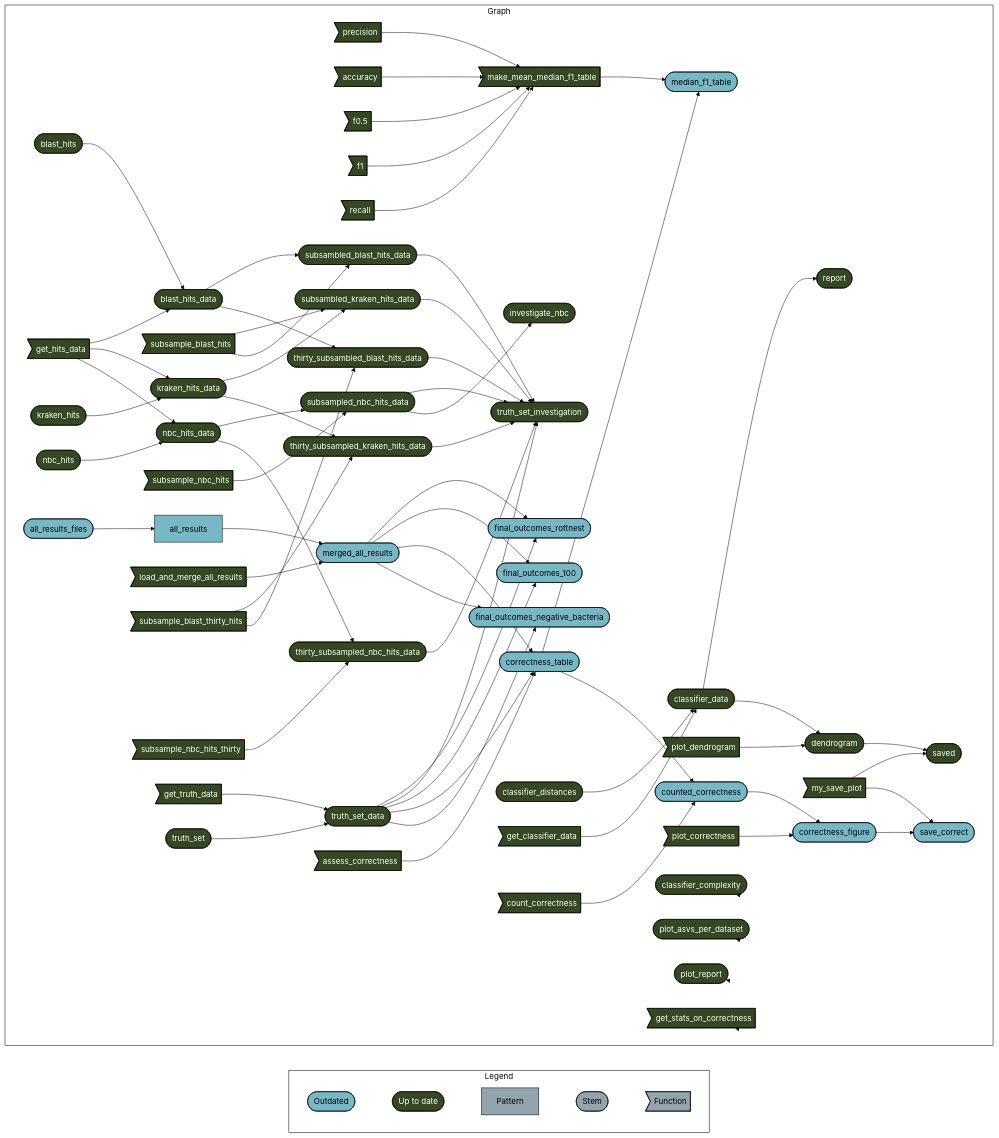
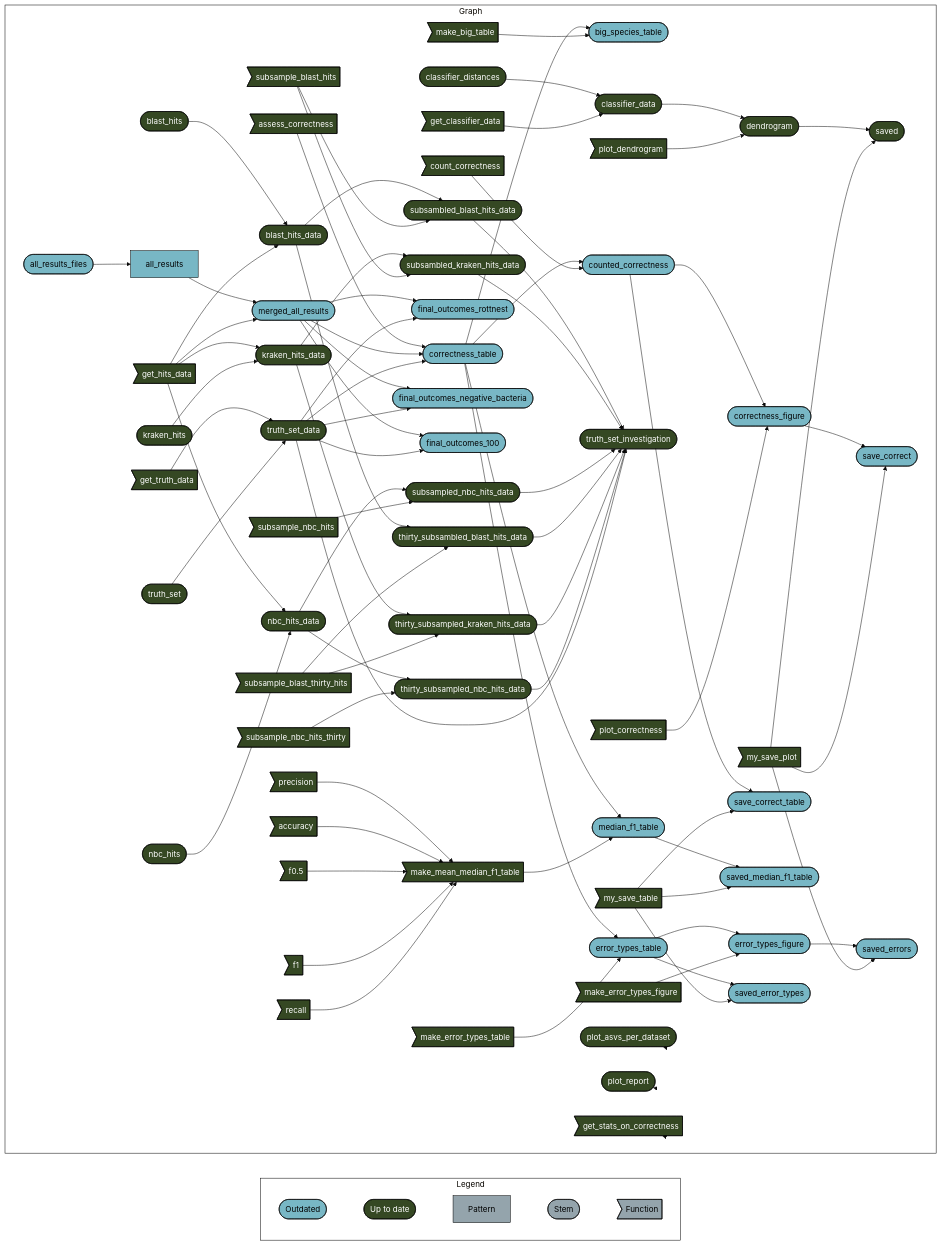
One commit to Computational-Biology-OceanOmics/OceanOmics-classifier-comparison changed the diagram in README.md. Above: the diagram before and after it, drawn with Mermaid (base theme). The commit also changed other lines of this file and 14 other files, not shown here.

````diff
--- a/README.md
+++ b/README.md
@@ -40,27 +40,33 @@
     x5bd3c0b98612ad82>"f0.5"]:::uptodate --> xcd3647a431ed3d93>"make_mean_median_f1_table"]:::uptodate
     xdfc9ff1b391aa400>"f1"]:::uptodate --> xcd3647a431ed3d93>"make_mean_median_f1_table"]:::uptodate
     x47d805de93d2f724>"recall"]:::uptodate --> xcd3647a431ed3d93>"make_mean_median_f1_table"]:::uptodate
-    x5f73e2549f58db1c(["correctness_table"]):::outdated --> x70622bc5282148b6(["median_f1_table"]):::outdated
-    xcd3647a431ed3d93>"make_mean_median_f1_table"]:::uptodate --> x70622bc5282148b6(["median_f1_table"]):::outdated
-    x9024d58abea360f6(["kraken_hits_data"]):::uptodate --> xc4269aa5995e6a3f(["subsambled_kraken_hits_data"]):::uptodate
-    xa731a5475c946be2>"subsample_blast_hits"]:::uptodate --> xc4269aa5995e6a3f(["subsambled_kraken_hits_data"]):::uptodate
-    x4cbe0500373226c1(["classifier_data"]):::uptodate --> xe0fba61fbc506510(["report"]):::uptodate
-    xc65a25d9d96e8f7c(["blast_hits"]):::uptodate --> xe9d8f2de59f79fa1(["blast_hits_data"]):::uptodate
-    x837f996ab35491da>"get_hits_data"]:::uptodate --> xe9d8f2de59f79fa1(["blast_hits_data"]):::uptodate
+    x42612793169637e0(["nbc_hits_data"]):::uptodate --> x25ebbc9fc53b1418(["thirty_subsampled_nbc_hits_data"]):::uptodate
+    x476c8f557e2b0910>"subsample_nbc_hits_thirty"]:::uptodate --> x25ebbc9fc53b1418(["thirty_subsampled_nbc_hits_data"]):::uptodate
     xe9d8f2de59f79fa1(["blast_hits_data"]):::uptodate --> x7477a20106b865a4(["subsambled_blast_hits_data"]):::uptodate
     xa731a5475c946be2>"subsample_blast_hits"]:::uptodate --> x7477a20106b865a4(["subsambled_blast_hits_data"]):::uptodate
-    x837f996ab35491da>"get_hits_data"]:::uptodate --> x9024d58abea360f6(["kraken_hits_data"]):::uptodate
-    xc4cff7b61e825181(["kraken_hits"]):::uptodate --> x9024d58abea360f6(["kraken_hits_data"]):::uptodate
-    x42612793169637e0(["nbc_hits_data"]):::uptodate --> xcc0ae95627a4c782(["subsampled_nbc_hits_data"]):::uptodate
-    x7cb45ddc20e499f4>"subsample_nbc_hits"]:::uptodate --> xcc0ae95627a4c782(["subsampled_nbc_hits_data"]):::uptodate
-    xa63f30966279f049["all_results"]:::outdated --> x92e63fc22641faa5(["merged_all_results"]):::outdated
-    x38eaffe45ba1cf7e>"load_and_merge_all_results"]:::uptodate --> x92e63fc22641faa5(["merged_all_results"]):::outdated
+    x2ff9bf2efd8ea8fa(["all_results_files"]):::outdated --> xa63f30966279f049["all_results"]:::outdated
     x9024d58abea360f6(["kraken_hits_data"]):::uptodate --> x9f533bb9ed6cc0bf(["thirty_subsampled_kraken_hits_data"]):::uptodate
     x1f8a2aa3facf1873>"subsample_blast_thirty_hits"]:::uptodate --> x9f533bb9ed6cc0bf(["thirty_subsampled_kraken_hits_data"]):::uptodate
+    x5f73e2549f58db1c(["correctness_table"]):::outdated --> x6b25831f1b56a7e8(["big_species_table"]):::outdated
+    xbb97e5fbae12b8d4>"make_big_table"]:::uptodate --> x6b25831f1b56a7e8(["big_species_table"]):::outdated
     x264c7e682ec442b2(["dendrogram"]):::uptodate --> xaf4a1b2829040c15(["saved"]):::uptodate
     x063d54dad6ed438a>"my_save_plot"]:::uptodate --> xaf4a1b2829040c15(["saved"]):::uptodate
     x92e63fc22641faa5(["merged_all_results"]):::outdated --> xb55a8ff957ab9650(["final_outcomes_rottnest"]):::outdated
     xbdd42ceae2a54d2c(["truth_set_data"]):::uptodate --> xb55a8ff957ab9650(["final_outcomes_rottnest"]):::outdated
+    x5f73e2549f58db1c(["correctness_table"]):::outdated --> x4c833e115353960c(["error_types_table"]):::outdated
+    xb05f917768a3a00b>"make_error_types_table"]:::uptodate --> x4c833e115353960c(["error_types_table"]):::outdated
+    x8c50ad78daae7d7d(["correctness_figure"]):::outdated --> x962124a214cc566f(["save_correct"]):::outdated
+    x063d54dad6ed438a>"my_save_plot"]:::uptodate --> x962124a214cc566f(["save_correct"]):::outdated
+    x92e63fc22641faa5(["merged_all_results"]):::outdated --> xf37c16a7303abc16(["final_outcomes_negative_bacteria"]):::outdated
+    xbdd42ceae2a54d2c(["truth_set_data"]):::uptodate --> xf37c16a7303abc16(["final_outcomes_negative_bacteria"]):::outdated
+    x92e63fc22641faa5(["merged_all_results"]):::outdated --> x4c3c668f02e94ea5(["final_outcomes_100"]):::outdated
+    xbdd42ceae2a54d2c(["truth_set_data"]):::uptodate --> x4c3c668f02e94ea5(["final_outcomes_100"]):::outdated
+    x544a22aeaed1b2e4>"get_truth_data"]:::uptodate --> xbdd42ceae2a54d2c(["truth_set_data"]):::uptodate
+    x70199d3b1152e374(["truth_set"]):::uptodate --> xbdd42ceae2a54d2c(["truth_set_data"]):::uptodate
+    x0fe0b162e5f2d977(["counted_correctness"]):::outdated --> x378df8f1e0d25e26(["save_correct_table"]):::outdated
+    x7c6dfc5f483b8518>"my_save_table"]:::uptodate --> x378df8f1e0d25e26(["save_correct_table"]):::outdated
+    x42612793169637e0(["nbc_hits_data"]):::uptodate --> xcc0ae95627a4c782(["subsampled_nbc_hits_data"]):::uptodate
+    x7cb45ddc20e499f4>"subsample_nbc_hits"]:::uptodate --> xcc0ae95627a4c782(["subsampled_nbc_hits_data"]):::uptodate
     x7477a20106b865a4(["subsambled_blast_hits_data"]):::uptodate --> xc7b5a37005176fd4(["truth_set_investigation"]):::uptodate
     xc4269aa5995e6a3f(["subsambled_kraken_hits_data"]):::uptodate --> xc7b5a37005176fd4(["truth_set_investigation"]):::uptodate
     xcc0ae95627a4c782(["subsampled_nbc_hits_data"]):::uptodate --> xc7b5a37005176fd4(["truth_set_investigation"]):::uptodate
@@ -68,34 +74,39 @@
     x9f533bb9ed6cc0bf(["thirty_subsampled_kraken_hits_data"]):::uptodate --> xc7b5a37005176fd4(["truth_set_investigation"]):::uptodate
     x25ebbc9fc53b1418(["thirty_subsampled_nbc_hits_data"]):::uptodate --> xc7b5a37005176fd4(["truth_set_investigation"]):::uptodate
     xbdd42ceae2a54d2c(["truth_set_data"]):::uptodate --> xc7b5a37005176fd4(["truth_set_investigation"]):::uptodate
+    xa63f30966279f049["all_results"]:::outdated --> x92e63fc22641faa5(["merged_all_results"]):::outdated
+    x837f996ab35491da>"get_hits_data"]:::uptodate --> x92e63fc22641faa5(["merged_all_results"]):::outdated
+    x9024d58abea360f6(["kraken_hits_data"]):::uptodate --> xc4269aa5995e6a3f(["subsambled_kraken_hits_data"]):::uptodate
+    xa731a5475c946be2>"subsample_blast_hits"]:::uptodate --> xc4269aa5995e6a3f(["subsambled_kraken_hits_data"]):::uptodate
+    x0fe0b162e5f2d977(["counted_correctness"]):::outdated --> x8c50ad78daae7d7d(["correctness_figure"]):::outdated
+    x5071aff9d46fc375>"plot_correctness"]:::uptodate --> x8c50ad78daae7d7d(["correctness_figure"]):::outdated
+    x837f996ab35491da>"get_hits_data"]:::uptodate --> x9024d58abea360f6(["kraken_hits_data"]):::uptodate
+    xc4cff7b61e825181(["kraken_hits"]):::uptodate --> x9024d58abea360f6(["kraken_hits_data"]):::uptodate
+    xe9d8f2de59f79fa1(["blast_hits_data"]):::uptodate --> xf80ecf3117225a62(["thirty_subsambled_blast_hits_data"]):::uptodate
+    x1f8a2aa3facf1873>"subsample_blast_thirty_hits"]:::uptodate --> xf80ecf3117225a62(["thirty_subsambled_blast_hits_data"]):::uptodate
+    x70622bc5282148b6(["median_f1_table"]):::outdated --> xa9d595dde94cca52(["saved_median_f1_table"]):::outdated
+    x7c6dfc5f483b8518>"my_save_table"]:::uptodate --> xa9d595dde94cca52(["saved_median_f1_table"]):::outdated
     x4cbe0500373226c1(["classifier_data"]):::uptodate --> x264c7e682ec442b2(["dendrogram"]):::uptodate
     x994946b41121bfa6>"plot_dendrogram"]:::uptodate --> x264c7e682ec442b2(["dendrogram"]):::uptodate
-    x0fe0b162e5f2d977(["counted_correctness"]):::outdated --> x8c50ad78daae7d7d(["correctness_figure"]):::outdated
-    x5071aff9d46fc375>"plot_correctness"]:::uptodate --> x8c50ad78daae7d7d(["correctness_figure"]):::outdated
-    x92e63fc22641faa5(["merged_all_results"]):::outdated --> x4c3c668f02e94ea5(["final_outcomes_100"]):::outdated
-    xbdd42ceae2a54d2c(["truth_set_data"]):::uptodate --> x4c3c668f02e94ea5(["final_outcomes_100"]):::outdated
-    xcc0ae95627a4c782(["subsampled_nbc_hits_data"]):::uptodate --> x046634d8ccbfc029(["investigate_nbc"]):::uptodate
     x62f627c2bcc7f4a3>"assess_correctness"]:::uptodate --> x5f73e2549f58db1c(["correctness_table"]):::outdated
     x92e63fc22641faa5(["merged_all_results"]):::outdated --> x5f73e2549f58db1c(["correctness_table"]):::outdated
     xbdd42ceae2a54d2c(["truth_set_data"]):::uptodate --> x5f73e2549f58db1c(["correctness_table"]):::outdated
+    x4c833e115353960c(["error_types_table"]):::outdated --> xca66a2548aec4c6b(["error_types_figure"]):::outdated
+    x5b31c06096fd55a4>"make_error_types_figure"]:::uptodate --> xca66a2548aec4c6b(["error_types_figure"]):::outdated
+    xc65a25d9d96e8f7c(["blast_hits"]):::uptodate --> xe9d8f2de59f79fa1(["blast_hits_data"]):::uptodate
+    x837f996ab35491da>"get_hits_data"]:::uptodate --> xe9d8f2de59f79fa1(["blast_hits_data"]):::uptodate
+    x5f73e2549f58db1c(["correctness_table"]):::outdated --> x70622bc5282148b6(["median_f1_table"]):::outdated
+    xcd3647a431ed3d93>"make_mean_median_f1_table"]:::uptodate --> x70622bc5282148b6(["median_f1_table"]):::outdated
+    xca66a2548aec4c6b(["error_types_figure"]):::outdated --> x10a7fb6eb6bfb12a(["saved_errors"]):::outdated
+    x063d54dad6ed438a>"my_save_plot"]:::uptodate --> x10a7fb6eb6bfb12a(["saved_errors"]):::outdated
+    x5f73e2549f58db1c(["correctness_table"]):::outdated --> x0fe0b162e5f2d977(["counted_correctness"]):::outdated
+    x057c70bd2d39499f>"count_correctness"]:::uptodate --> x0fe0b162e5f2d977(["counted_correctness"]):::outdated
+    xf2c68c9c4c5bbbc3(["classifier_distances"]):::uptodate --> x4cbe0500373226c1(["classifier_data"]):::uptodate
+    x8279777903f3f13d>"get_classifier_data"]:::uptodate --> x4cbe0500373226c1(["classifier_data"]):::uptodate
     x837f996ab35491da>"get_hits_data"]:::uptodate --> x42612793169637e0(["nbc_hits_data"]):::uptodate
     x5117ea88dbd5add2(["nbc_hits"]):::uptodate --> x42612793169637e0(["nbc_hits_data"]):::uptodate
-    x2ff9bf2efd8ea8fa(["all_results_files"]):::outdated --> xa63f30966279f049["all_results"]:::outdated
-    x42612793169637e0(["nbc_hits_data"]):::uptodate --> x25ebbc9fc53b1418(["thirty_subsampled_nbc_hits_data"]):::uptodate
-    x476c8f557e2b0910>"subsample_nbc_hits_thirty"]:::uptodate --> x25ebbc9fc53b1418(["thirty_subsampled_nbc_hits_data"]):::uptodate
-    x544a22aeaed1b2e4>"get_truth_data"]:::uptodate --> xbdd42ceae2a54d2c(["truth_set_data"]):::uptodate
-    x70199d3b1152e374(["truth_set"]):::uptodate --> xbdd42ceae2a54d2c(["truth_set_data"]):::uptodate
-    x92e63fc22641faa5(["merged_all_results"]):::outdated --> xf37c16a7303abc16(["final_outcomes_negative_bacteria"]):::outdated
-    xbdd42ceae2a54d2c(["truth_set_data"]):::uptodate --> xf37c16a7303abc16(["final_outcomes_negative_bacteria"]):::outdated
-    x8c50ad78daae7d7d(["correctness_figure"]):::outdated --> x962124a214cc566f(["save_correct"]):::outdated
-    x063d54dad6ed438a>"my_save_plot"]:::uptodate --> x962124a214cc566f(["save_correct"]):::outdated
-    xf2c68c9c4c5bbbc3(["classifier_distances"]):::uptodate --> x4cbe0500373226c1(["classifier_data"]):::uptodate
-    x8279777903f3f13d>"get_classifier_data"]:::uptodate --> x4cbe0500373226c1(["classifier_data"]):::uptodate
-    x5f73e2549f58db1c(["correctness_table"]):::outdated --> x0fe0b162e5f2d977(["counted_correctness"]):::outdated
-    x057c70bd2d39499f>"count_correctness"]:::uptodate --> x0fe0b162e5f2d977(["counted_correctness"]):::outdated
-    xe9d8f2de59f79fa1(["blast_hits_data"]):::uptodate --> xf80ecf3117225a62(["thirty_subsambled_blast_hits_data"]):::uptodate
-    x1f8a2aa3facf1873>"subsample_blast_thirty_hits"]:::uptodate --> xf80ecf3117225a62(["thirty_subsambled_blast_hits_data"]):::uptodate
-    x801b32f234e20cdc(["classifier_complexity"]):::uptodate --> x801b32f234e20cdc(["classifier_complexity"]):::uptodate
+    x4c833e115353960c(["error_types_table"]):::outdated --> xcc0a806ae560c099(["saved_error_types"]):::outdated
+    x7c6dfc5f483b8518>"my_save_table"]:::uptodate --> xcc0a806ae560c099(["saved_error_types"]):::outdated
     xe40955de534d0cf1(["plot_asvs_per_dataset"]):::uptodate --> xe40955de534d0cf1(["plot_asvs_per_dataset"]):::uptodate
     xbf5ac67708da2696(["plot_report"]):::uptodate --> xbf5ac67708da2696(["plot_report"]):::uptodate
     xae01b2c9af307a4d>"get_stats_on_correctness"]:::uptodate --> xae01b2c9af307a4d>"get_stats_on_correctness"]:::uptodate
@@ -107,8 +118,7 @@
   linkStyle 1 stroke-width:0px;
   linkStyle 2 stroke-width:0px;
   linkStyle 3 stroke-width:0px;
-  linkStyle 64 stroke-width:0px;
-  linkStyle 65 stroke-width:0px;
-  linkStyle 66 stroke-width:0px;
-  linkStyle 67 stroke-width:0px;
+  linkStyle 76 stroke-width:0px;
+  linkStyle 77 stroke-width:0px;
+  linkStyle 78 stroke-width:0px;
 ```
````
